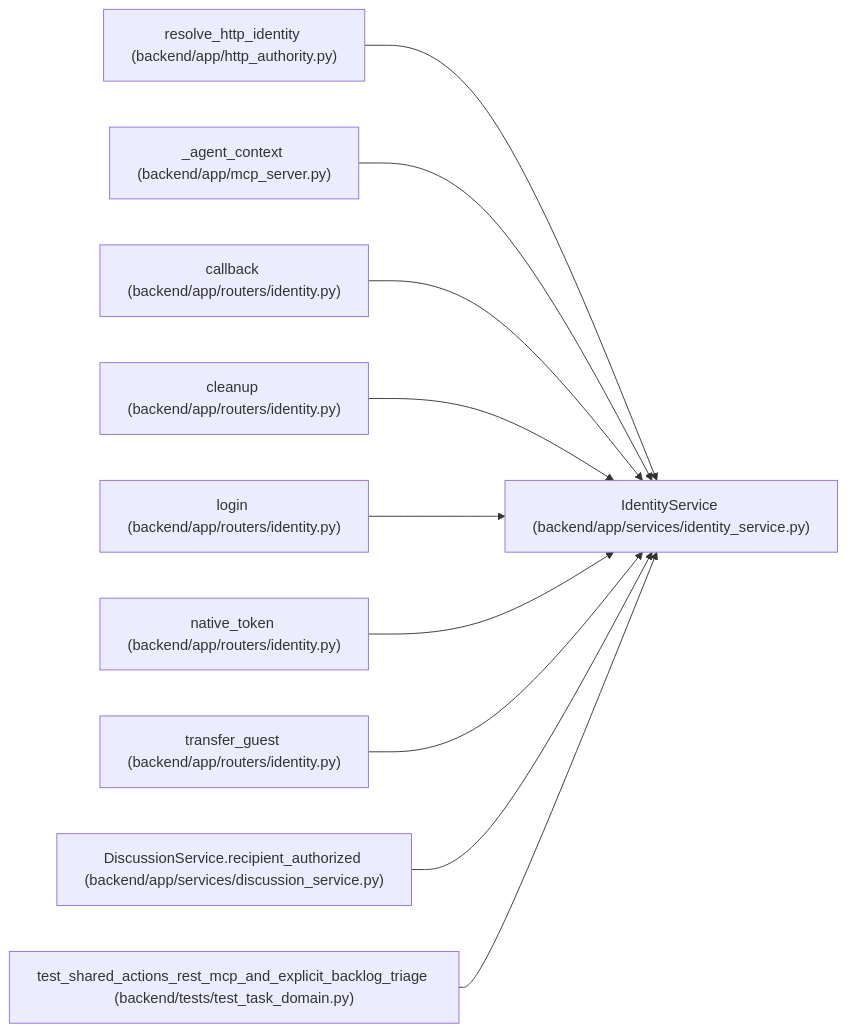
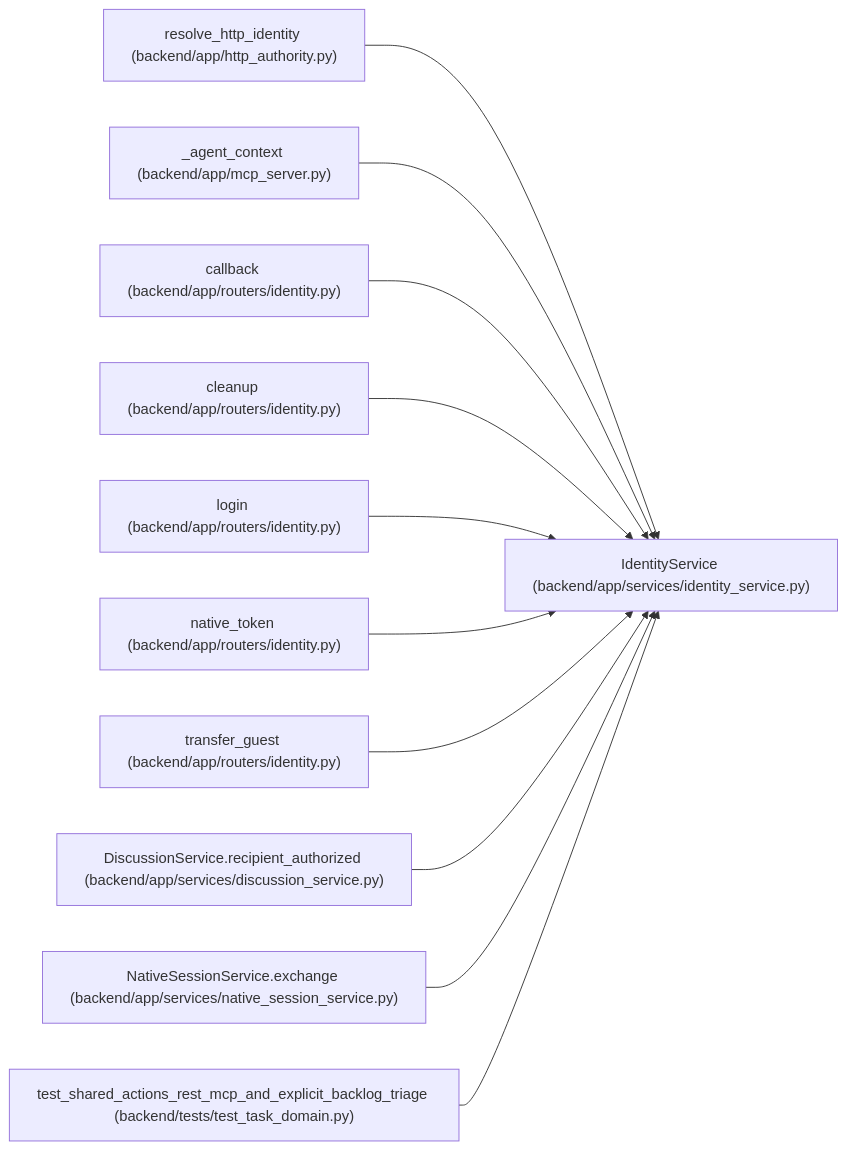
The diagram in docs/llm_wiki/entities/IdentityService.md (Denissvgn/WorkChord), drawn with Mermaid before and after one commit. The commit also changed other lines of this file and 621 other files, not shown here.

Commit message:
docs(wiki): describe native device consent and session boundaries

````diff
--- a/docs/llm_wiki/entities/IdentityService.md
+++ b/docs/llm_wiki/entities/IdentityService.md
@@ -34,32 +34,35 @@
 ```mermaid
 flowchart LR
     n0["IdentityService (backend/app/services/identity_service.py)"]
     n1["resolve_http_identity (backend/app/http_authority.py)"]
     n2["_agent_context (backend/app/mcp_server.py)"]
     n3["callback (backend/app/routers/identity.py)"]
     n4["cleanup (backend/app/routers/identity.py)"]
     n5["login (backend/app/routers/identity.py)"]
     n6["native_token (backend/app/routers/identity.py)"]
     n7["transfer_guest (backend/app/routers/identity.py)"]
     n8["DiscussionService.recipient_authorized (backend/app/services/discussion_service.py)"]
-    n9["test_shared_actions_rest_mcp_and_explicit_backlog_triage (backend/tests/test_task_domain.py)"]
+    n9["NativeSessionService.exchange (backend/app/services/native_session_service.py)"]
+    n10["test_shared_actions_rest_mcp_and_explicit_backlog_triage (backend/tests/test_task_domain.py)"]
     n1 --> n0
     n2 --> n0
     n3 --> n0
     n4 --> n0
     n5 --> n0
     n6 --> n0
     n7 --> n0
     n8 --> n0
     n9 --> n0
+    n10 --> n0
     click n0 "../modules/identity_service.md"
     click n1 "../modules/http_authority.md"
     click n2 "../modules/mcp_server.md"
     click n3 "../modules/routers_identity.md"
     click n4 "../modules/routers_identity.md"
     click n5 "../modules/routers_identity.md"
     click n6 "../modules/routers_identity.md"
     click n7 "../modules/routers_identity.md"
     click n8 "../modules/discussion_service.md"
-    click n9 "../modules/test_task_domain.md"
+    click n9 "../modules/native_session_service.md"
+    click n10 "../modules/test_task_domain.md"
 ```
````
